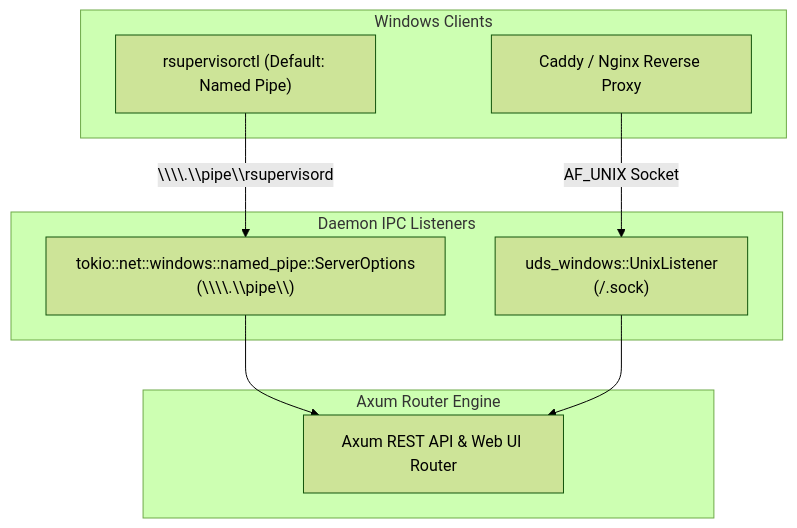
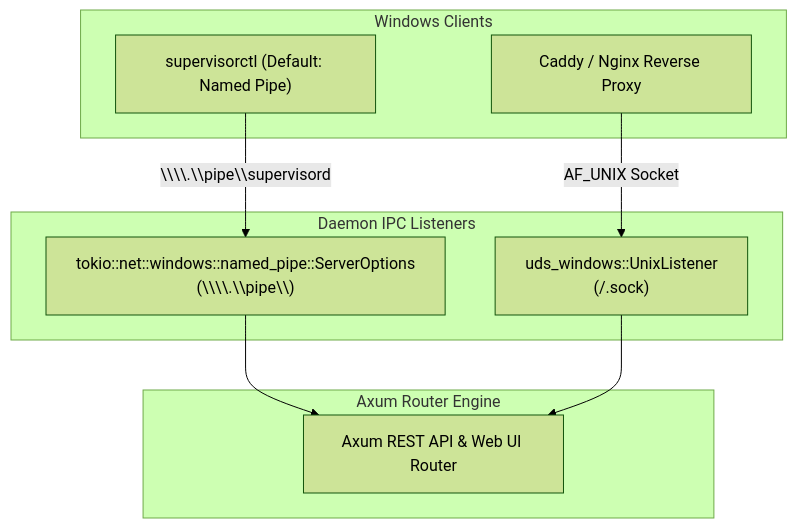
One commit to spritetong/rsupervisord changed the seventh of 9 diagrams in docs/DESIGN.md. Above: the diagram before and after it, drawn with Mermaid (forest theme). The commit also changed other lines of this file and 25 other files, not shown here.

Commit message:
refactor: rename binaries to supervisord/supervisorctl

````diff
--- a/docs/DESIGN.md
+++ b/docs/DESIGN.md
@@ -644,21 +644,21 @@
 ```mermaid
 flowchart TD
     subgraph WindowsClient ["Windows Clients"]
-        CLI_Pipe["rsupervisorctl (Default: Named Pipe)"]
+        CLI_Pipe["supervisorctl (Default: Named Pipe)"]
         ReverseProxy["Caddy / Nginx Reverse Proxy"]
     end
 
     subgraph WindowsIPC ["Daemon IPC Listeners"]
         PipeListener["tokio::net::windows::named_pipe::ServerOptions\n(\\\\.\\pipe\\<cmd_name>)"]
         UdsListener["uds_windows::UnixListener\n(<config_dir>/<cmd_name>.sock)"]
     end
 
     subgraph CoreEngine ["Axum Router Engine"]
         AxumRouter["Axum REST API & Web UI Router"]
     end
 
-    CLI_Pipe -->|\\\\.\\pipe\\rsupervisord| PipeListener
+    CLI_Pipe -->|\\\\.\\pipe\\supervisord| PipeListener
     ReverseProxy -->|AF_UNIX Socket| UdsListener
     PipeListener --> AxumRouter
     UdsListener --> AxumRouter
 ```
````
